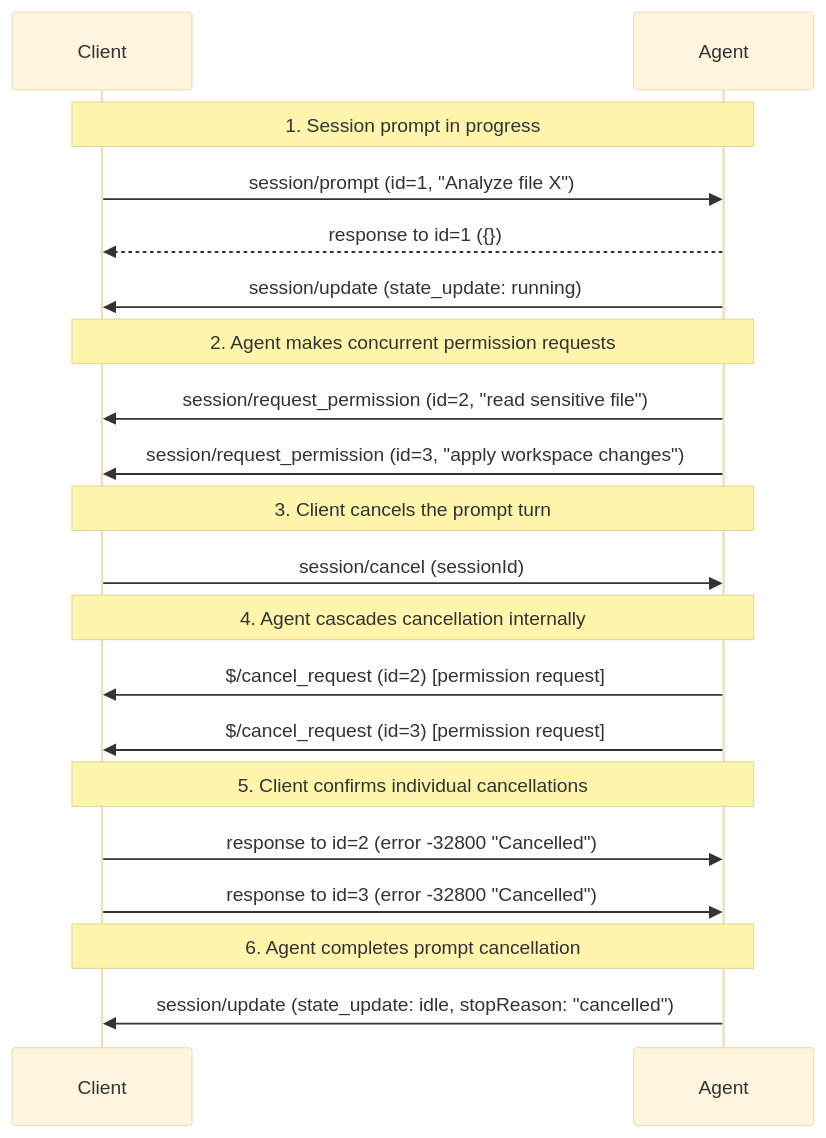
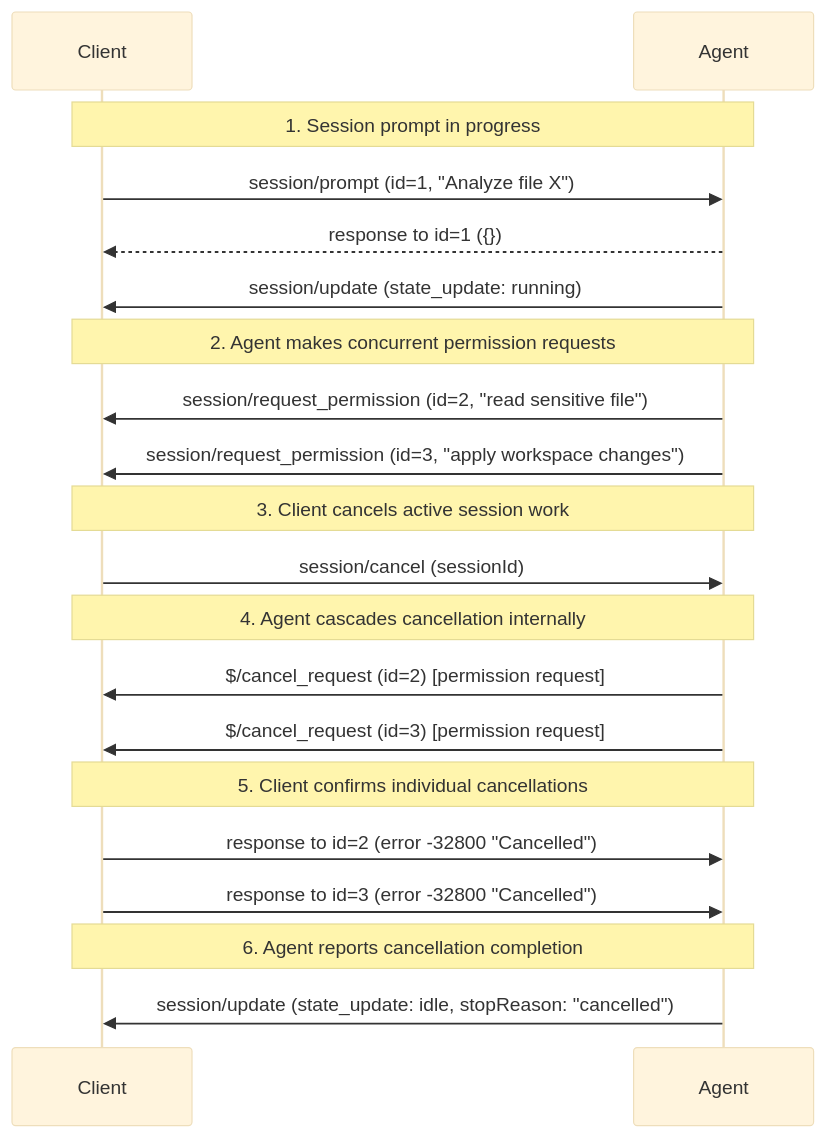
One commit to agentclientprotocol/agent-client-protocol changed the diagram in docs/protocol/v2/draft/cancellation.mdx. Above: the diagram before and after it, drawn with Mermaid (base theme). The commit also changed other lines of this file and 22 other files, not shown here.

Commit message:
Rename prompt turn docs to prompt lifecycle

````diff
--- a/docs/protocol/v2/draft/cancellation.mdx
+++ b/docs/protocol/v2/draft/cancellation.mdx
@@ -42,28 +42,28 @@
 ```mermaid
 sequenceDiagram
     participant Client
     participant Agent
 
     Note over Client,Agent: 1. Session prompt in progress
     Client->>Agent: session/prompt (id=1, "Analyze file X")
     Agent-->>Client: response to id=1 ({})
     Agent->>Client: session/update (state_update: running)
 
     Note over Client,Agent: 2. Agent makes concurrent permission requests
     Agent->>Client: session/request_permission (id=2, "read sensitive file")
     Agent->>Client: session/request_permission (id=3, "apply workspace changes")
 
-    Note over Client,Agent: 3. Client cancels the prompt turn
+    Note over Client,Agent: 3. Client cancels active session work
     Client->>Agent: session/cancel (sessionId)
 
     Note over Client,Agent: 4. Agent cascades cancellation internally
     Agent->>Client: $/cancel_request (id=2) [permission request]
     Agent->>Client: $/cancel_request (id=3) [permission request]
 
     Note over Client,Agent: 5. Client confirms individual cancellations
     Client->>Agent: response to id=2 (error -32800 "Cancelled")
     Client->>Agent: response to id=3 (error -32800 "Cancelled")
 
-    Note over Client,Agent: 6. Agent completes prompt cancellation
+    Note over Client,Agent: 6. Agent reports cancellation completion
     Agent->>Client: session/update (state_update: idle, stopReason: "cancelled")
 ```
````
